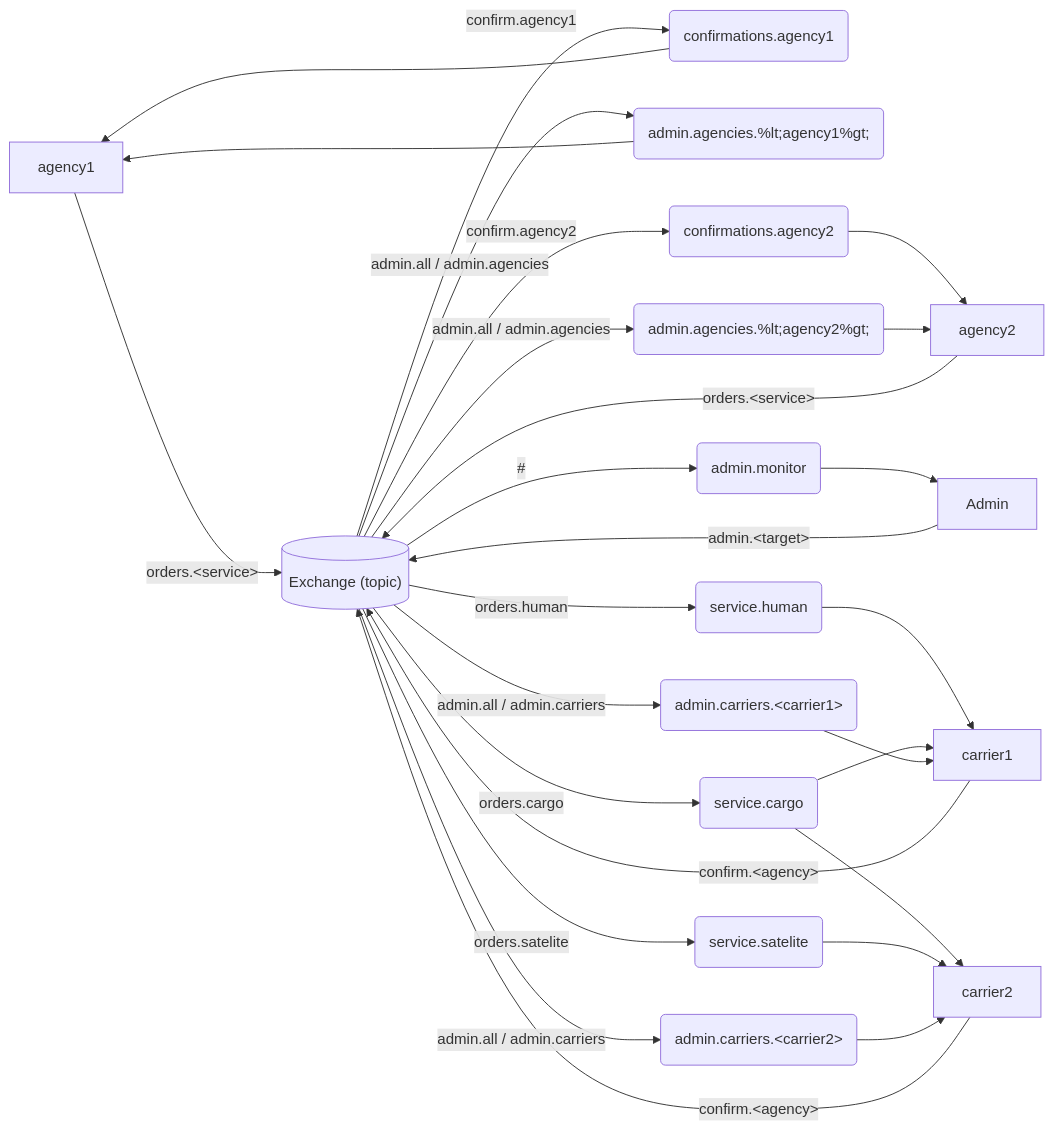
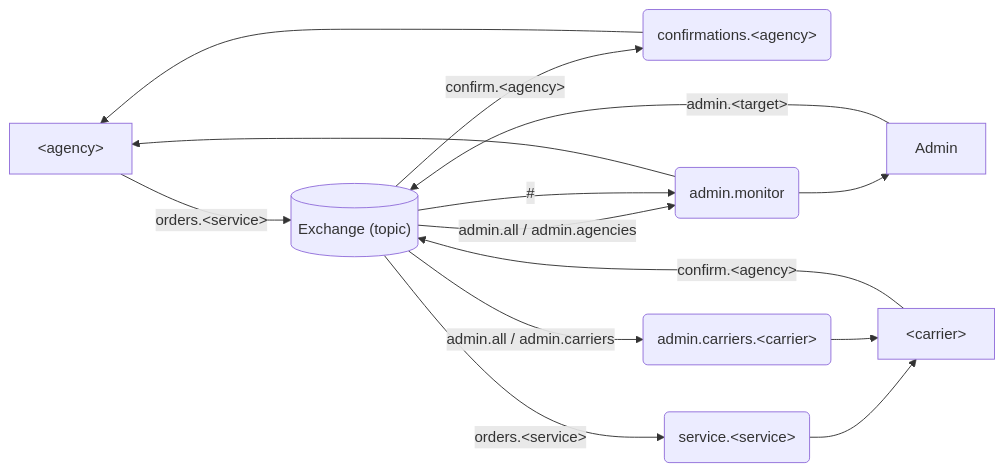
The diagram in sem6/rozprochy/tasks/task5/schema.md (Mosder/agh), drawn with Mermaid before and after one commit.

Commit message:
rozprochy

````diff
--- a/sem6/rozprochy/tasks/task5/schema.md
+++ b/sem6/rozprochy/tasks/task5/schema.md
@@ -1,23 +1,13 @@
 ```mermaid
 flowchart LR
-    A1[agency1] -- orders.&lt;service&gt; --> X[("Exchange (topic)")]
-    X -- confirm.agency1 --> QA1(confirmations.agency1) --> A1
-    X -- admin.all / admin.agencies --> QA1AD(admin.agencies.%lt;agency1%gt;) --> A1
-
-    A2[agency2] -- orders.&lt;service&gt; --> X
-    X -- confirm.agency2 --> QA2(confirmations.agency2) --> A2
-    X -- admin.all / admin.agencies --> QA2AD(admin.agencies.%lt;agency2%gt;) --> A2
+    A[&lt;agency&gt;] -- orders.&lt;service&gt; --> X[("Exchange (topic)")]
+    X -- confirm.&lt;agency&gt; --> QA(confirmations.&lt;agency&gt;) --> A
+    X -- admin.all / admin.agencies --> QAD(admin.agencies.&lt;agency&gt;) --> A
 
     AD[Admin] -- admin.&lt;target&gt; --> X
     X -- "#" --> QAD(admin.monitor) --> AD
 
-    C1[carrier1] -- confirm.&lt;agency&gt; --> X
-    X -- orders.human --> QSH(service.human) --> C1
-    X -- orders.cargo --> QSC(service.cargo) --> C1
-    X -- admin.all / admin.carriers --> QC1(admin.carriers.&lt;carrier1&gt;) --> C1
-
-    C2[carrier2] -- confirm.&lt;agency&gt; --> X
-    QSC --> C2
-    X -- orders.satelite --> QSS(service.satelite) --> C2
-    X -- admin.all / admin.carriers --> QC2(admin.carriers.&lt;carrier2&gt;) --> C2
+    C[&lt;carrier&gt;] -- confirm.&lt;agency&gt; --> X
+    X -- orders.&lt;service&gt; --> QS(service.&lt;service&gt;) --> C
+    X -- admin.all / admin.carriers --> QC(admin.carriers.&lt;carrier&gt;) --> C
 ```
````
